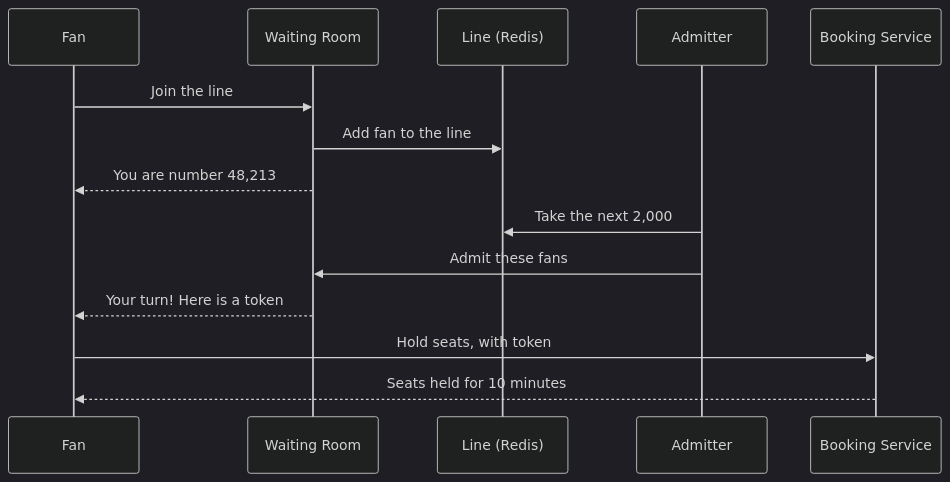
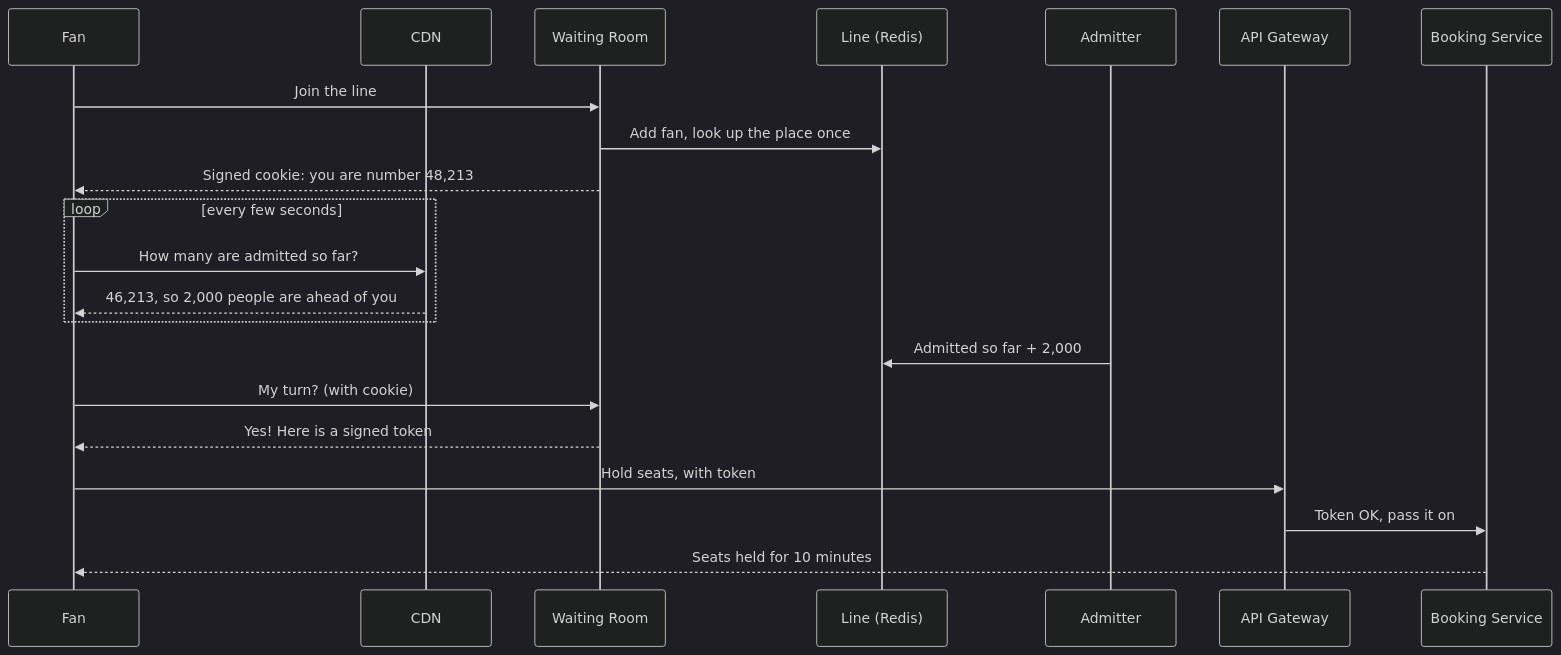
One commit to iamrs77/interview-ready changed the third of 4 diagrams in content/system-design/questions/ticket-booking.mdx. Above: the diagram before and after it, drawn with Mermaid (dark theme). The commit also changed other lines of this file and 132 other files, not shown here.

````diff
--- a/content/system-design/questions/ticket-booking.mdx
+++ b/content/system-design/questions/ticket-booking.mdx
@@ -219,16 +219,23 @@
 ```mermaid
 sequenceDiagram
   participant F as Fan
+  participant C as CDN
   participant W as Waiting Room
   participant R as Line (Redis)
   participant A as Admitter
+  participant G as API Gateway
   participant B as Booking Service
   F->>W: Join the line
-  W->>R: Add fan to the line
-  W-->>F: You are number 48,213
-  A->>R: Take the next 2,000
-  A->>W: Admit these fans
-  W-->>F: Your turn! Here is a token
-  F->>B: Hold seats, with token
+  W->>R: Add fan, look up the place once
+  W-->>F: Signed cookie: you are number 48,213
+  loop every few seconds
+    F->>C: How many are admitted so far?
+    C-->>F: 46,213, so 2,000 people are ahead of you
+  end
+  A->>R: Admitted so far + 2,000
+  F->>W: My turn? (with cookie)
+  W-->>F: Yes! Here is a signed token
+  F->>G: Hold seats, with token
+  G->>B: Token OK, pass it on
   B-->>F: Seats held for 10 minutes
 ```
````
